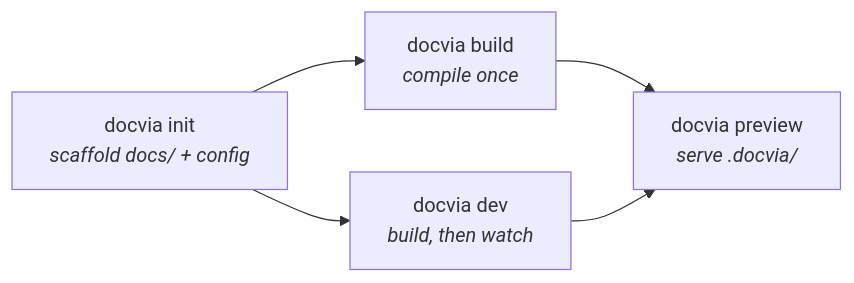
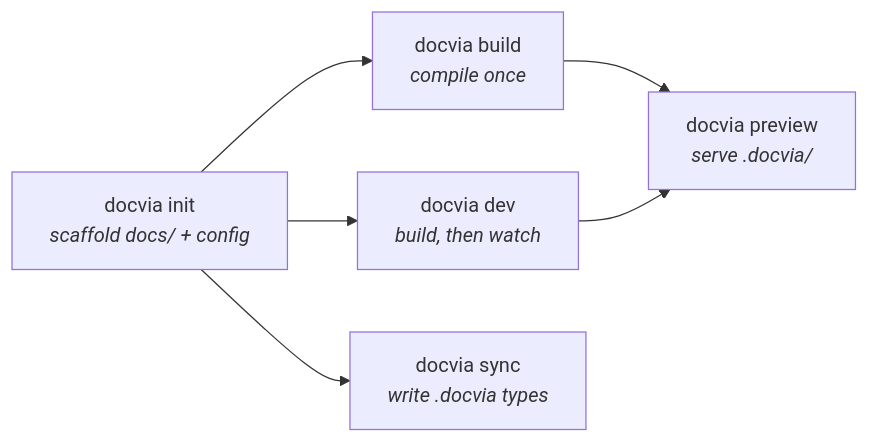
The diagram in apps/web/src/docs/guide/cli.md (kanakkholwal/docvia), drawn with Mermaid before and after one commit. The commit also changed other lines of this file and 227 other files, not shown here.

````diff
--- a/apps/web/src/docs/guide/cli.md
+++ b/apps/web/src/docs/guide/cli.md
@@ -18,8 +18,9 @@
 ```mermaid
-%% title: The four commands
+%% title: The five commands
 flowchart LR
   I["docvia init<br/><i>scaffold docs/ + config</i>"] --> B["docvia build<br/><i>compile once</i>"]
   I --> D["docvia dev<br/><i>build, then watch</i>"]
+  I --> S["docvia sync<br/><i>write .docvia types</i>"]
   B --> P["docvia preview<br/><i>serve .docvia/</i>"]
   D --> P
 ```
````
